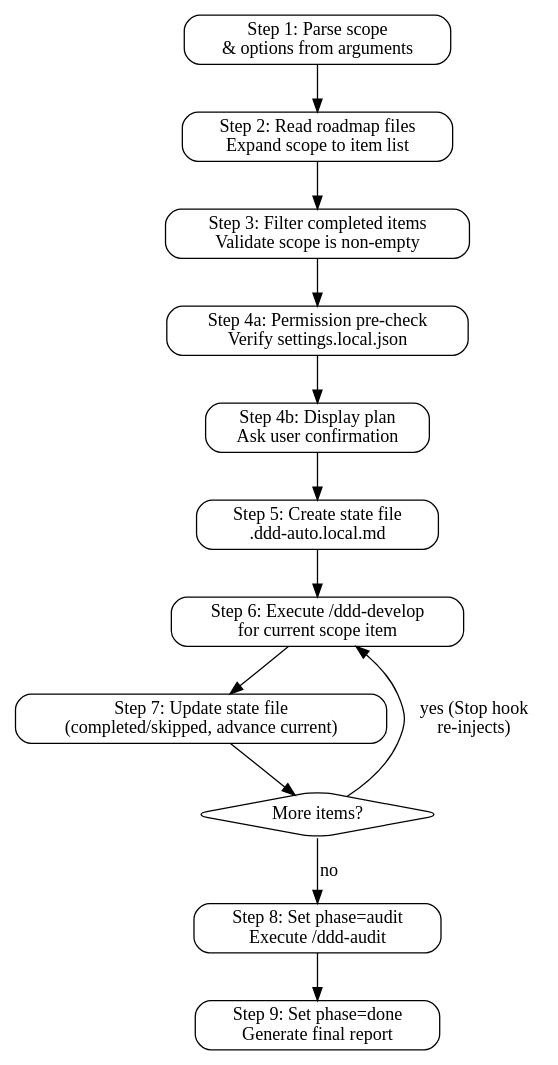
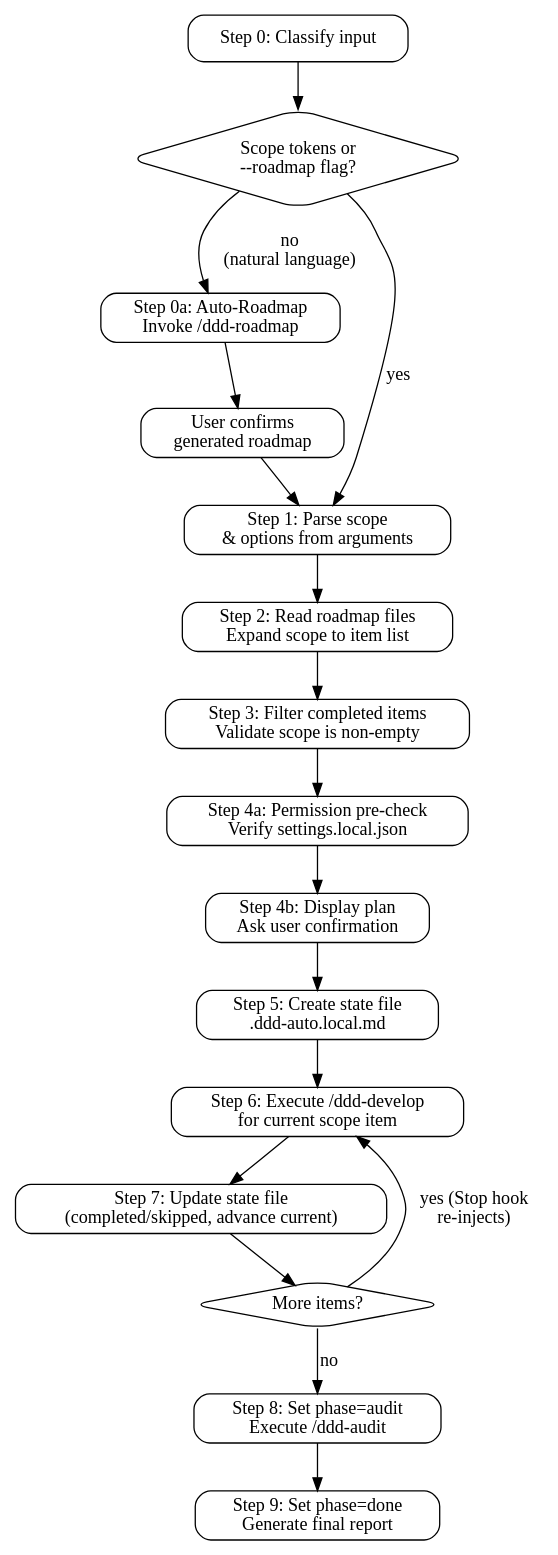
Before and after one commit to litecore-ai/ddd-coding-skills: the diagram in skills/ddd-auto/SKILL.md, drawn with Graphviz. The commit also changed other lines of this file and 3 other files, not shown here.

First line of the commit message:
feat: input scope detection for ddd-develop and ddd-auto

````diff
--- a/skills/ddd-auto/SKILL.md
+++ b/skills/ddd-auto/SKILL.md
@@ -44,24 +44,32 @@
 ```dot
 digraph ddd_auto {
   rankdir=TB;
   node [shape=box, style=rounded];
 
+  classify [label="Step 0: Classify input"];
+  is_scope [label="Scope tokens or\n--roadmap flag?" shape=diamond];
+  auto_roadmap [label="Step 0a: Auto-Roadmap\nInvoke /ddd-roadmap"];
+  confirm_roadmap [label="User confirms\ngenerated roadmap"];
   parse [label="Step 1: Parse scope\n& options from arguments"];
   read_roadmap [label="Step 2: Read roadmap files\nExpand scope to item list"];
   validate [label="Step 3: Filter completed items\nValidate scope is non-empty"];
   perm_check [label="Step 4a: Permission pre-check\nVerify settings.local.json"];
   confirm [label="Step 4b: Display plan\nAsk user confirmation"];
   create_state [label="Step 5: Create state file\n.ddd-auto.local.md"];
   develop [label="Step 6: Execute /ddd-develop\nfor current scope item"];
   update [label="Step 7: Update state file\n(completed/skipped, advance current)"];
   check [label="More items?" shape=diamond];
   audit [label="Step 8: Set phase=audit\nExecute /ddd-audit"];
   report [label="Step 9: Set phase=done\nGenerate final report"];
 
+  classify -> is_scope;
+  is_scope -> parse [label="yes"];
+  is_scope -> auto_roadmap [label="no\n(natural language)"];
+  auto_roadmap -> confirm_roadmap -> parse;
   parse -> read_roadmap -> validate -> perm_check -> confirm -> create_state -> develop;
   develop -> update -> check;
   check -> develop [label="yes (Stop hook\nre-injects)"];
   check -> audit [label="no"];
   audit -> report;
 }
 ```
````
